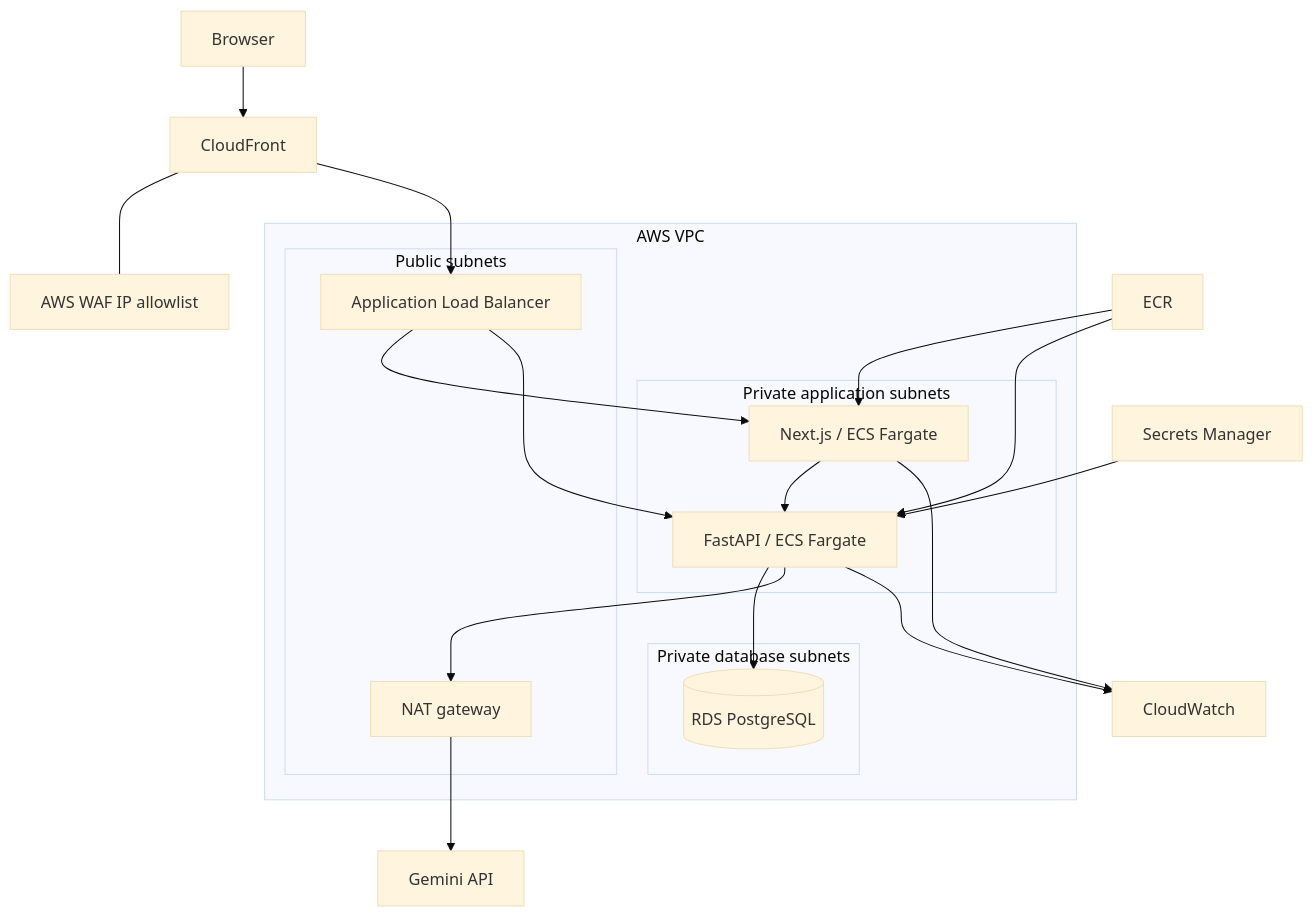
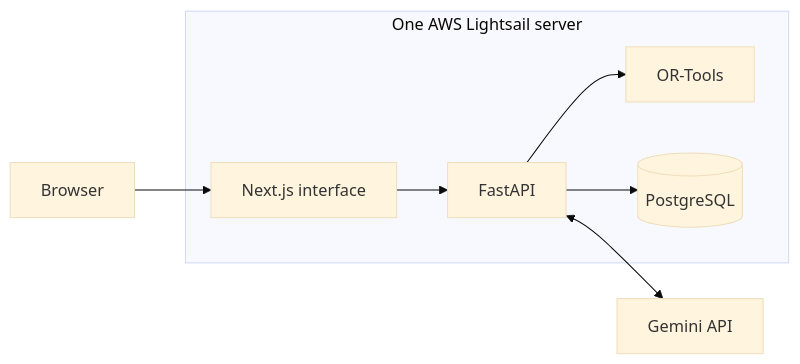
The diagram in docs/ARCHITECTURE.md (alex-rogo/ai-life-planner), drawn with Mermaid (base theme) before and after one commit. The commit also changed other lines of this file and 19 other files, not shown here.

````diff
--- a/docs/ARCHITECTURE.md
+++ b/docs/ARCHITECTURE.md
@@ -5,35 +5,16 @@
 ```mermaid
-flowchart TB
-    Browser[Browser] --> CloudFront[CloudFront]
-    CloudFront --- WAF[AWS WAF IP allowlist]
-    CloudFront --> ALB[Application Load Balancer]
+flowchart LR
+    Browser[Browser] --> Web
 
-    subgraph VPC[AWS VPC]
-        subgraph Public[Public subnets]
-            ALB
-            NAT[NAT gateway]
-        end
-
-        subgraph App[Private application subnets]
-            Frontend[Next.js / ECS Fargate]
-            Backend[FastAPI / ECS Fargate]
-        end
-
-        subgraph Data[Private database subnets]
-            Postgres[(RDS PostgreSQL)]
-        end
-
-        ALB --> Frontend
-        ALB --> Backend
-        Frontend --> Backend
-        Backend --> Postgres
-        Backend --> NAT
+    subgraph Host[One AWS Lightsail server]
+        Web[Next.js interface]
+        API[FastAPI]
+        Solver[OR-Tools]
+        Database[(PostgreSQL)]
+        Web --> API
+        API --> Solver
+        API --> Database
     end
 
-    NAT --> Gemini[Gemini API]
-    ECR[ECR] --> Frontend
-    ECR --> Backend
-    Secrets[Secrets Manager] --> Backend
-    Frontend --> Logs[CloudWatch]
-    Backend --> Logs
+    API <--> Gemini[Gemini API]
 ```
````
